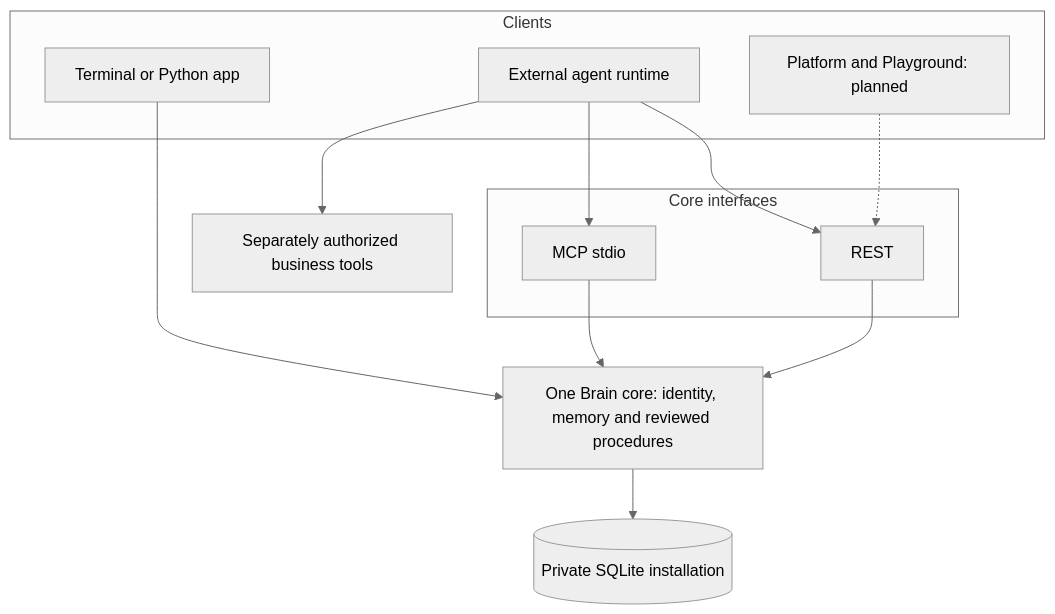
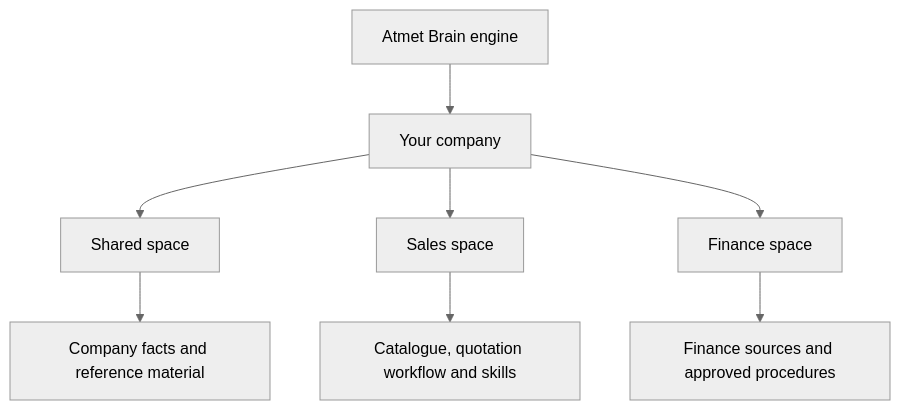
One commit to Atmet-AI/Atmet-brain changed the diagram in docs/diagrams/overview-2.mmd. Above: the diagram before and after it, drawn with Mermaid (neutral theme). The commit also changed 16 other files, not shown here.

Commit message:
Explain Brain setup, memory types and existing project integration

```diff
--- a/docs/diagrams/overview-2.mmd
+++ b/docs/diagrams/overview-2.mmd
@@ -1,18 +1,8 @@
 flowchart TB
-    subgraph Clients["Clients"]
-        CLI["Terminal or Python app"]
-        Agent["External agent runtime"]
-        Future["Platform and Playground: planned"]
-    end
-    subgraph Interfaces["Core interfaces"]
-        REST["REST"]
-        MCP["MCP stdio"]
-    end
-    CLI --> Core["One Brain core: identity, memory and reviewed procedures"]
-    Agent --> REST
-    Agent --> MCP
-    Future -.-> REST
-    REST --> Core
-    MCP --> Core
-    Core --> Store[("Private SQLite installation")]
-    Agent --> Tools["Separately authorized business tools"]
+    Core["Atmet Brain engine"] --> Company["Your company"]
+    Company --> Shared["Shared space"]
+    Company --> Sales["Sales space"]
+    Company --> Finance["Finance space"]
+    Shared --> Foundation["Company facts and reference material"]
+    Sales --> SalesContext["Catalogue, quotation workflow and skills"]
+    Finance --> FinanceContext["Finance sources and approved procedures"]
```
